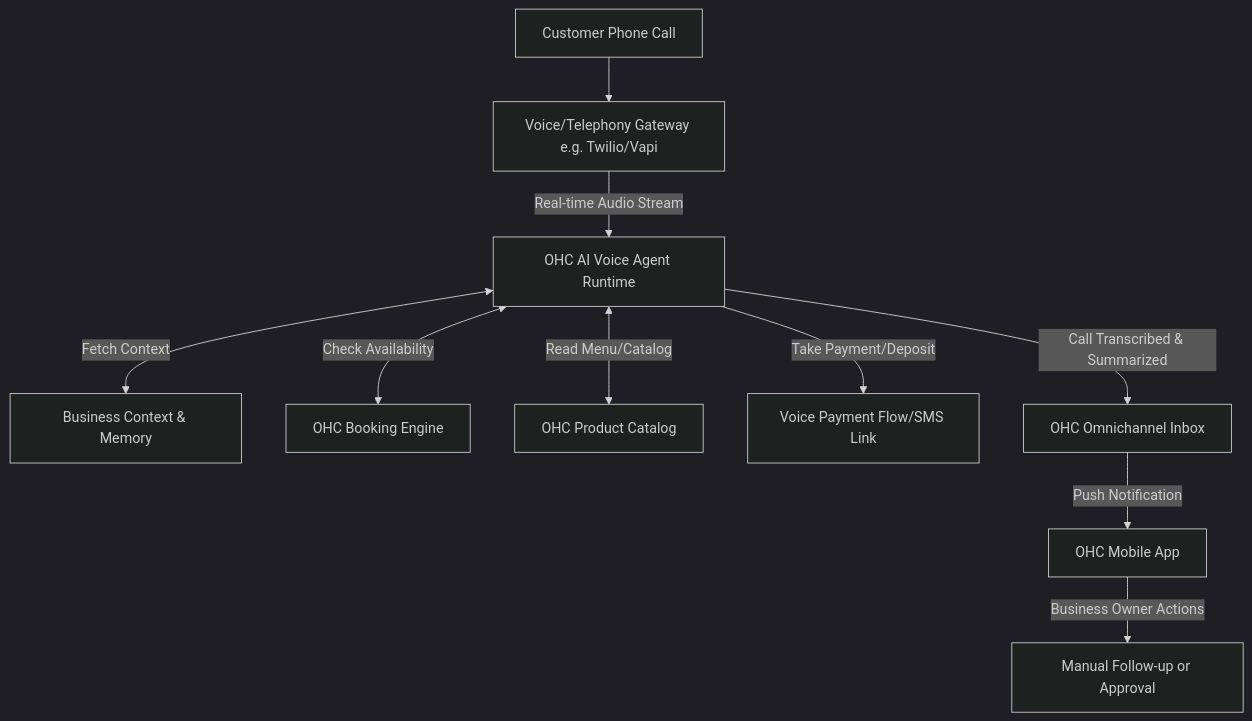
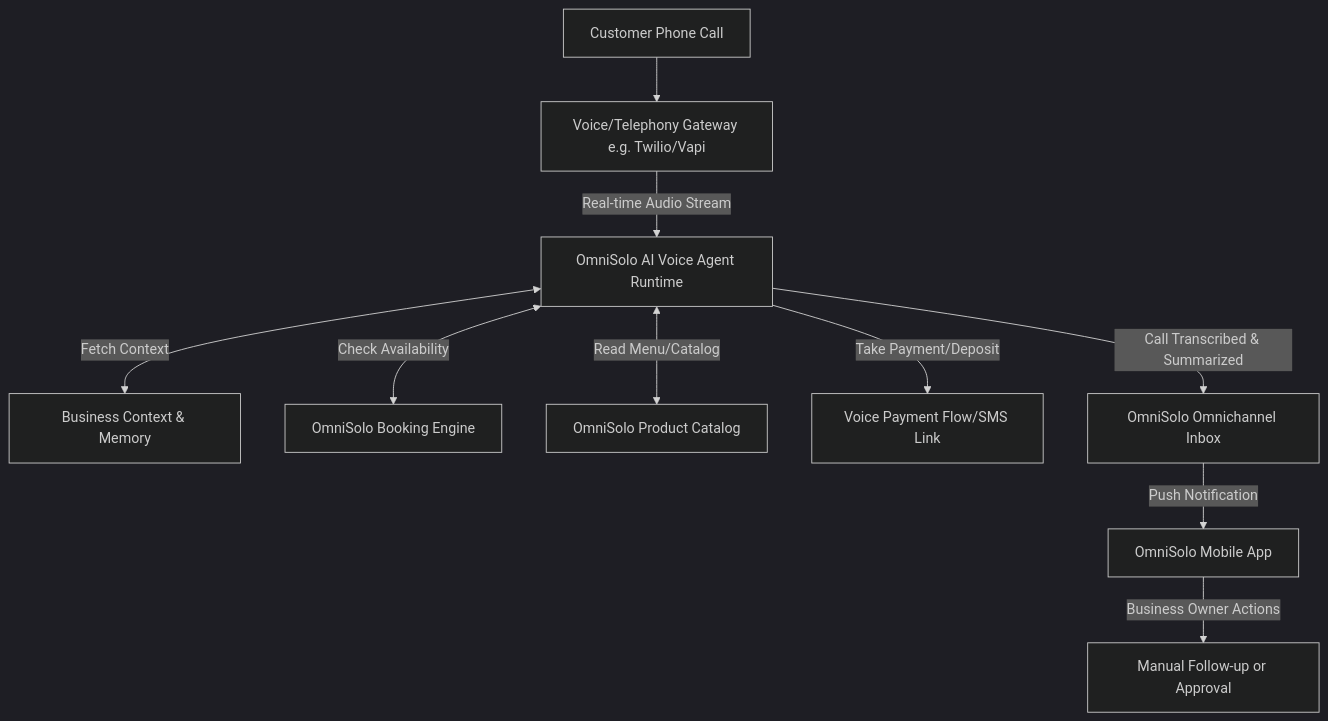
One commit to omnisolo-llc/onehumancorp changed the diagram in docs/research/[architecture]_autonomous_ai_voice_receptionist.md. Above: the diagram before and after it, drawn with Mermaid (dark theme). The commit also changed other lines of this file and 2191 other files, not shown here.

Commit message:
feat: complete OmniSolo rename and browser audit

````diff
--- a/docs/research/[architecture]_autonomous_ai_voice_receptionist.md
+++ b/docs/research/[architecture]_autonomous_ai_voice_receptionist.md
@@ -18,13 +18,13 @@
 ```mermaid
 graph TD
     Customer[Customer Phone Call] --> VoiceGateway[Voice/Telephony Gateway e.g. Twilio/Vapi]
-    VoiceGateway -->|Real-time Audio Stream| AgentRuntime[OHC AI Voice Agent Runtime]
+    VoiceGateway -->|Real-time Audio Stream| AgentRuntime[OmniSolo AI Voice Agent Runtime]
     AgentRuntime <-->|Fetch Context| Memory[Business Context & Memory]
-    AgentRuntime <-->|Check Availability| BookingEngine[OHC Booking Engine]
-    AgentRuntime <-->|Read Menu/Catalog| Catalog[OHC Product Catalog]
+    AgentRuntime <-->|Check Availability| BookingEngine[OmniSolo Booking Engine]
+    AgentRuntime <-->|Read Menu/Catalog| Catalog[OmniSolo Product Catalog]
     AgentRuntime -->|Take Payment/Deposit| Payments[Voice Payment Flow/SMS Link]
 
-    AgentRuntime -->|Call Transcribed & Summarized| Inbox[OHC Omnichannel Inbox]
-    Inbox -->|Push Notification| App[OHC Mobile App]
+    AgentRuntime -->|Call Transcribed & Summarized| Inbox[OmniSolo Omnichannel Inbox]
+    Inbox -->|Push Notification| App[OmniSolo Mobile App]
     App -->|Business Owner Actions| FollowUp[Manual Follow-up or Approval]
 ```
````
